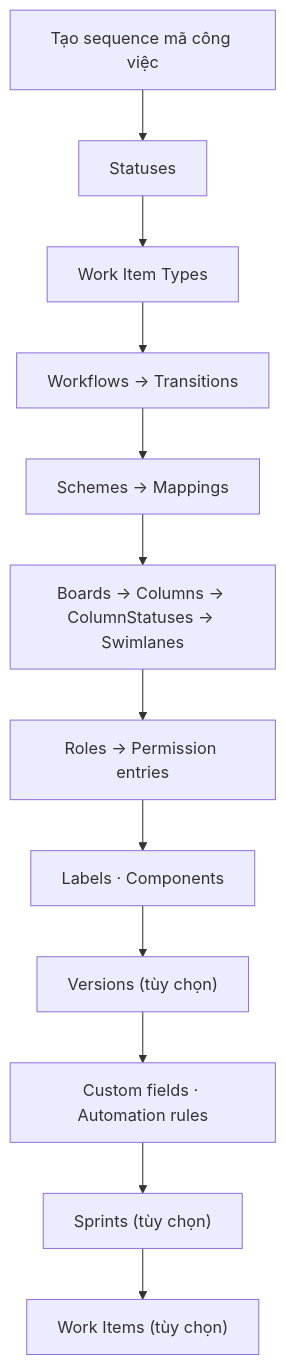
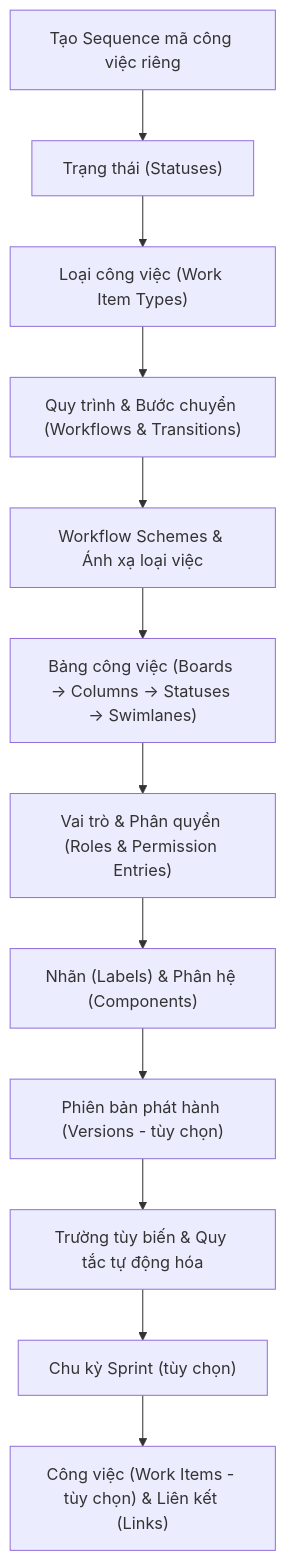
The sixth of 6 diagrams in formal_doc/04_NGHIEP_VU_TEMPLATE_CLONE.md (Hecker-Chuoi/DATN-2026), drawn with Mermaid before and after one commit. The commit also changed other lines of this file and 60 other files, not shown here.

````diff
--- a/formal_doc/04_NGHIEP_VU_TEMPLATE_CLONE.md
+++ b/formal_doc/04_NGHIEP_VU_TEMPLATE_CLONE.md
@@ -183,14 +136,14 @@
 ```mermaid
 flowchart TD
-    S0["Tạo sequence mã công việc"] --> S1["Statuses"]
-    S1 --> S2["Work Item Types"]
-    S2 --> S3["Workflows → Transitions"]
-    S3 --> S4["Schemes → Mappings"]
-    S4 --> S5["Boards → Columns → ColumnStatuses → Swimlanes"]
-    S5 --> S6["Roles → Permission entries"]
-    S6 --> S7["Labels · Components"]
-    S7 --> S8["Versions (tùy chọn)"]
-    S8 --> S9["Custom fields · Automation rules"]
-    S9 --> S10["Sprints (tùy chọn)"]
-    S10 --> S11["Work Items (tùy chọn)"]
+    S0["Tạo Sequence mã công việc riêng"] --> S1["Trạng thái (Statuses)"]
+    S1 --> S2["Loại công việc (Work Item Types)"]
+    S2 --> S3["Quy trình & Bước chuyển (Workflows & Transitions)"]
+    S3 --> S4["Workflow Schemes & Ánh xạ loại việc"]
+    S4 --> S5["Bảng công việc (Boards → Columns → Statuses → Swimlanes)"]
+    S5 --> S6["Vai trò & Phân quyền (Roles & Permission Entries)"]
+    S6 --> S7["Nhãn (Labels) & Phân hệ (Components)"]
+    S7 --> S8["Phiên bản phát hành (Versions - tùy chọn)"]
+    S8 --> S9["Trường tùy biến & Quy tắc tự động hóa"]
+    S9 --> S10["Chu kỳ Sprint (tùy chọn)"]
+    S10 --> S11["Công việc (Work Items - tùy chọn) & Liên kết (Links)"]
 ```
````
